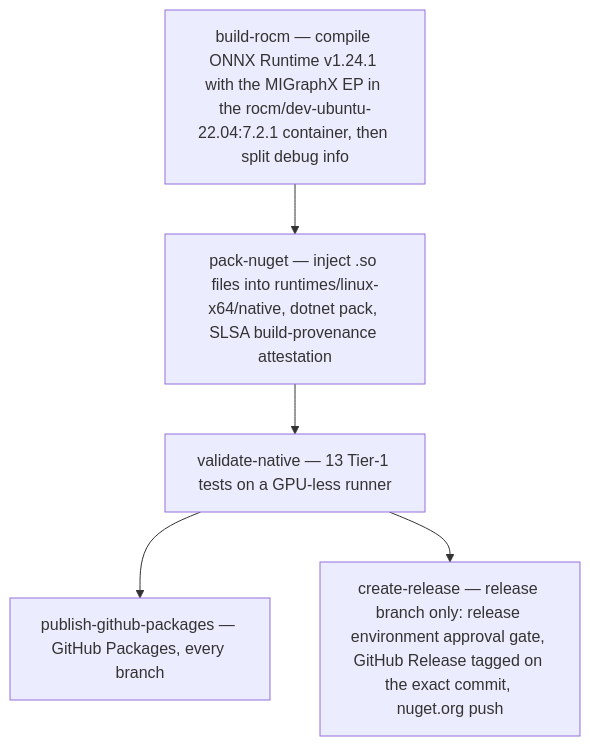
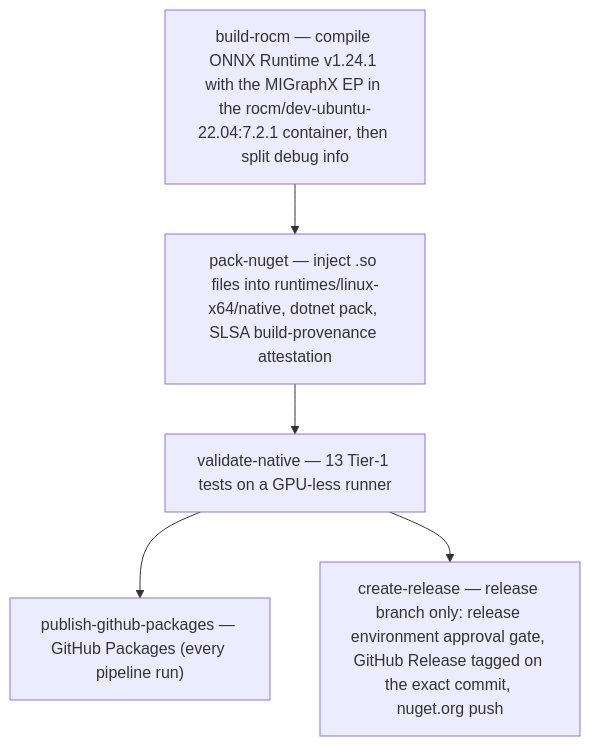
One commit to intel-agency/inference-engine-rocm changed the diagram in README.md. Above: the diagram before and after it, drawn with Mermaid. The commit also changed other lines of this file and 4 other files, not shown here.

````diff
--- a/README.md
+++ b/README.md
@@ -105,7 +105,7 @@
 ```mermaid
 flowchart TD
     BR["build-rocm — compile ONNX Runtime v1.24.1 with the MIGraphX EP in the rocm/dev-ubuntu-22.04:7.2.1 container, then split debug info"] --> PN["pack-nuget — inject .so files into runtimes/linux-x64/native, dotnet pack, SLSA build-provenance attestation"]
     PN --> VN["validate-native — 13 Tier-1 tests on a GPU-less runner"]
-    VN --> GP["publish-github-packages — GitHub Packages, every branch"]
+    VN --> GP["publish-github-packages — GitHub Packages (every pipeline run)"]
     VN --> CR["create-release — release branch only: release environment approval gate, GitHub Release tagged on the exact commit, nuget.org push"]
 ```
````
